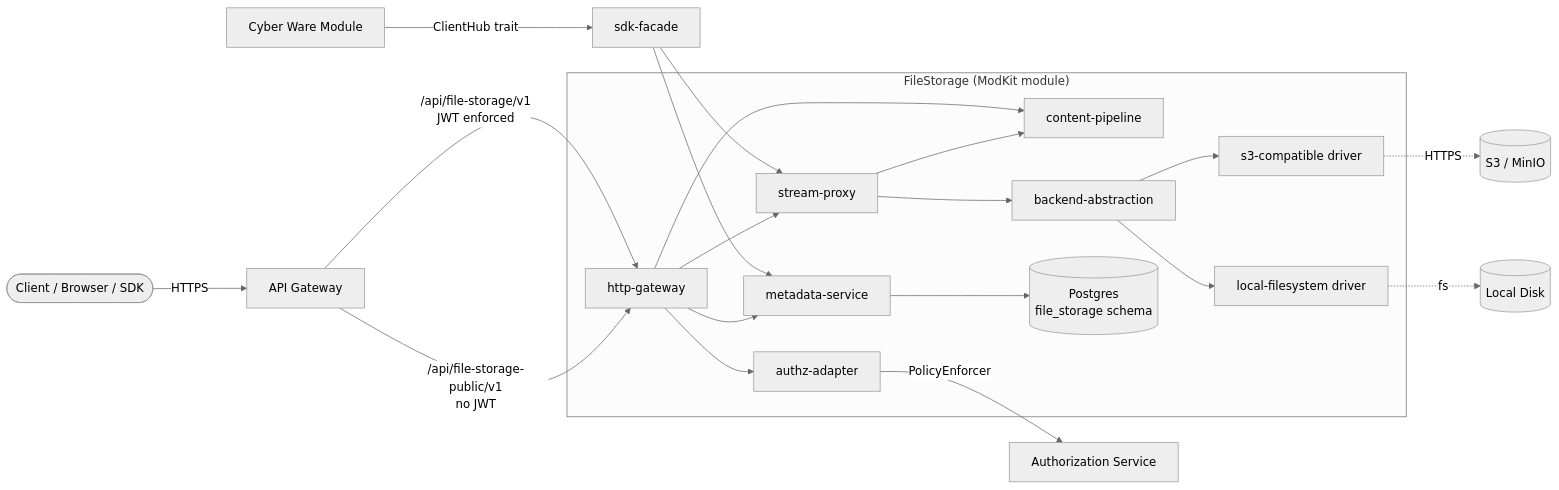
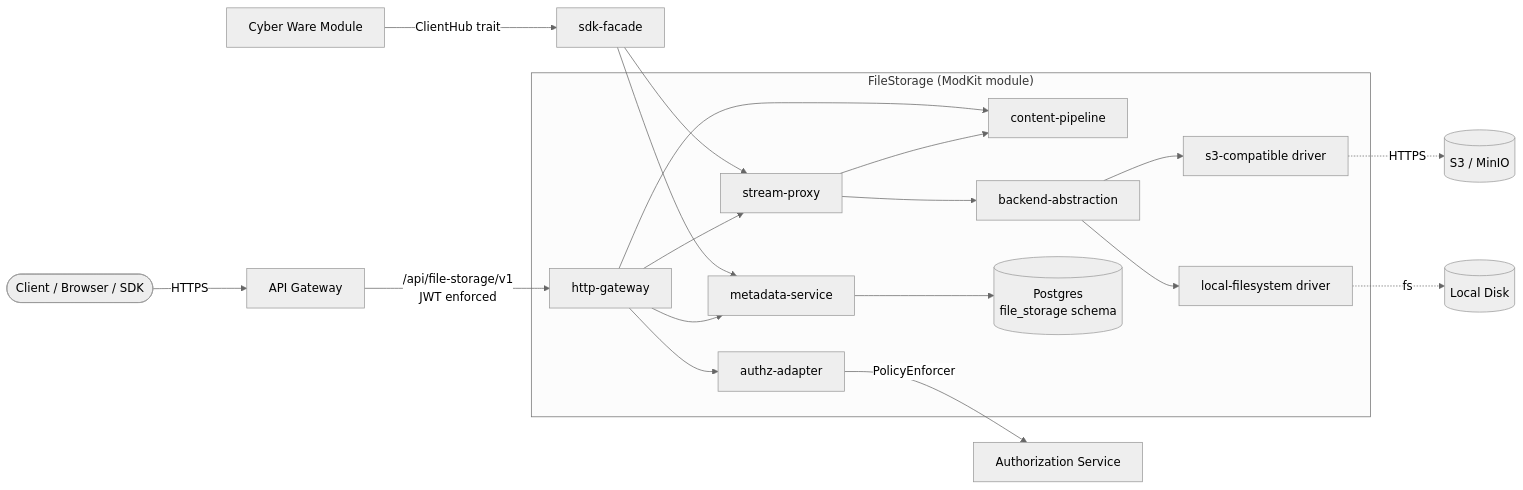
One commit to constructorfabric/gears-rust changed the first of 7 diagrams in modules/file-storage/docs/DESIGN.md. Above: the diagram before and after it, drawn with Mermaid (neutral theme). The commit also changed other lines of this file and 4 other files, not shown here.

First line of the commit message:
docs(file-storage): defer all sharing (incl. public access) to P3; address PRD review

````diff
--- a/modules/file-storage/docs/DESIGN.md
+++ b/modules/file-storage/docs/DESIGN.md
@@ -128,27 +125,26 @@
 ```mermaid
 graph LR
     Client([Client / Browser / SDK]) -->|HTTPS| AGW[API Gateway]
     AGW -->|/api/file-storage/v1<br/>JWT enforced| HGW
-    AGW -->|/api/file-storage-public/v1<br/>no JWT| HGW
 
     Module[Cyber Ware Module] -->|ClientHub trait| SDK[sdk-facade]
     SDK --> Meta
     SDK --> Stream
 
     subgraph FileStorage["FileStorage (ModKit module)"]
       HGW[http-gateway]
       HGW --> Pipe[content-pipeline]
       HGW --> Stream[stream-proxy]
       HGW --> Meta[metadata-service]
       HGW --> AZ[authz-adapter]
       Stream --> Pipe
       Stream --> BA[backend-abstraction]
       Meta --> DB[(Postgres<br/>file_storage schema)]
       BA --> S3D[s3-compatible driver]
       BA --> LFS[local-filesystem driver]
     end
 
     AZ -->|PolicyEnforcer| AuthZ[Authorization Service]
     S3D -.->|HTTPS| S3[(S3 / MinIO)]
     LFS -.->|fs| Disk[(Local Disk)]
 ```
````
